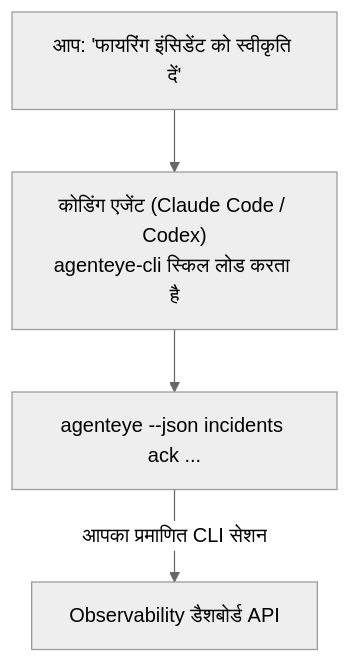
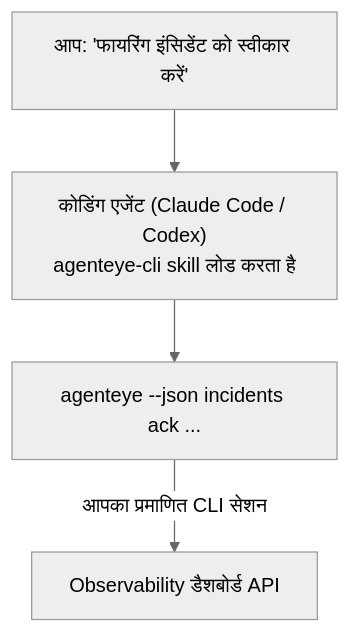
One commit to FailproofAI/failproofai changed the diagram in docs/hi/agenteye/cli-skill.mdx. Above: the diagram before and after it, drawn with Mermaid (neutral theme). The commit also changed other lines of this file and 677 other files, not shown here.

````diff
--- a/docs/hi/agenteye/cli-skill.mdx
+++ b/docs/hi/agenteye/cli-skill.mdx
@@ -28,6 +29,6 @@
 ```mermaid
 flowchart TD
-    YOU["आप: 'फायरिंग इंसिडेंट को स्वीकृति दें'"] --> AGENT["कोडिंग एजेंट (Claude Code / Codex)<br/>agenteye-cli स्किल लोड करता है"]
+    YOU["आप: 'फायरिंग इंसिडेंट को स्वीकार करें'"] --> AGENT["कोडिंग एजेंट (Claude Code / Codex)<br/>agenteye-cli skill लोड करता है"]
     AGENT --> CLI["agenteye --json incidents ack ..."]
     CLI -->|आपका प्रमाणित CLI सेशन| API["Observability डैशबोर्ड API"]
 ```
````
